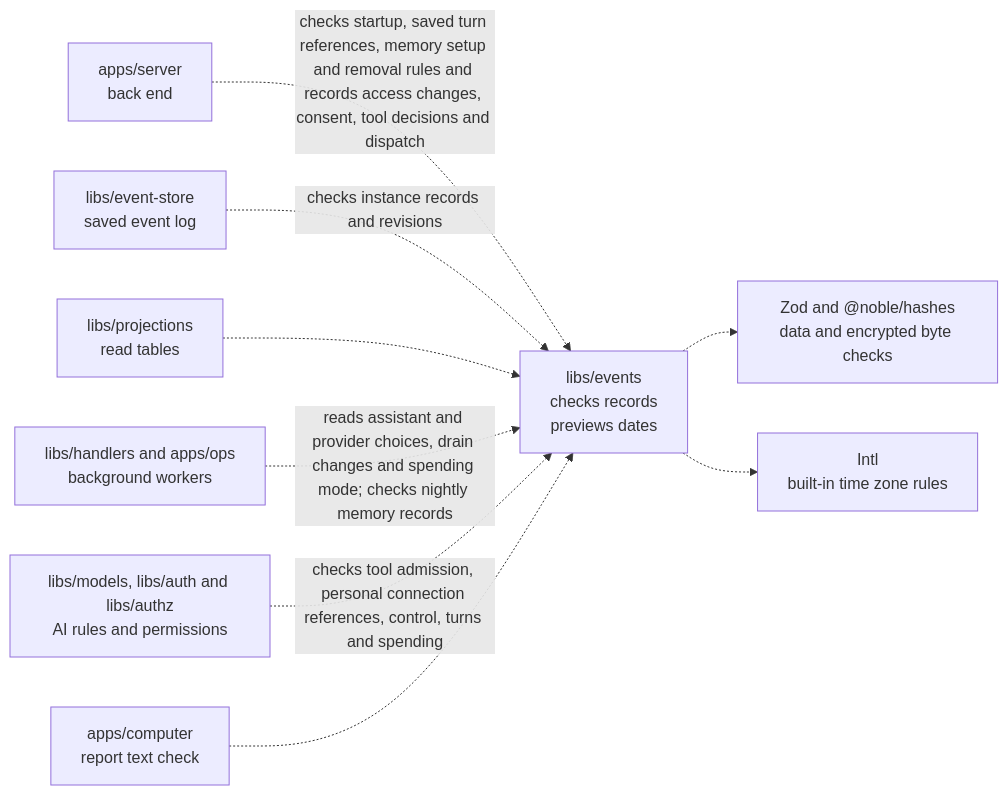
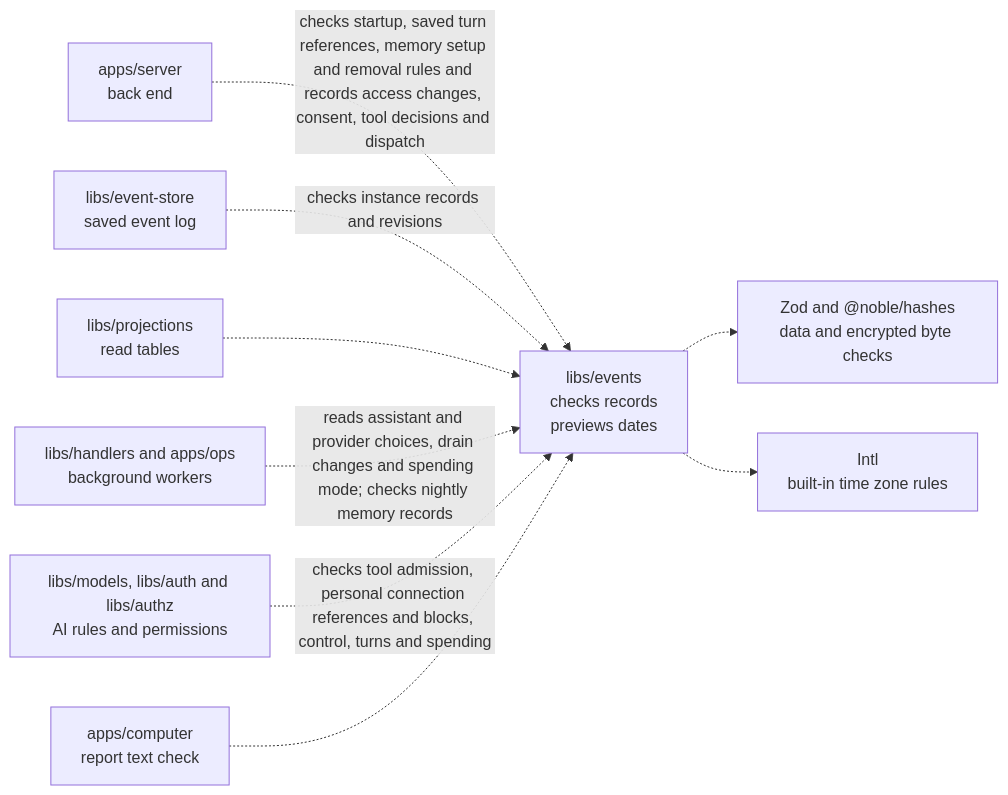
Before and after one commit to elewa-git/opencrane-new: the diagram in libs/events/README.md, drawn with Mermaid. The commit also changed other lines of this file and 9 other files, not shown here.

Commit message:
🔒 Add owner revocation and persistent admin blocks for personal profiles

````diff
--- a/libs/events/README.md
+++ b/libs/events/README.md
@@ -27,11 +27,11 @@
 ```mermaid
 flowchart LR
   server["apps/server<br/>back end"] -.->|checks startup, saved turn references, memory setup and removal rules and records access changes, consent, tool decisions and dispatch| events["libs/events<br/>checks records<br/>previews dates"]
   store["libs/event-store<br/>saved event log"] -.->|checks instance records and revisions| events
   projections["libs/projections<br/>read tables"] -.-> events
   workers["libs/handlers and apps/ops<br/>background workers"] -.->|reads assistant and provider choices, drain changes and spending mode; checks nightly memory records| events["libs/events<br/>checks records<br/>previews dates"]
-  others["libs/models, libs/auth and libs/authz<br/>AI rules and permissions"] -.->|checks tool admission, personal connection references, control, turns and spending| events
+  others["libs/models, libs/auth and libs/authz<br/>AI rules and permissions"] -.->|checks tool admission, personal connection references and blocks, control, turns and spending| events
   computer["apps/computer<br/>report text check"] -.-> events
   events -.-> checks["Zod and @noble/hashes<br/>data and encrypted byte checks"]
   events -.-> zones["Intl<br/>built-in time zone rules"]
 ```
````
